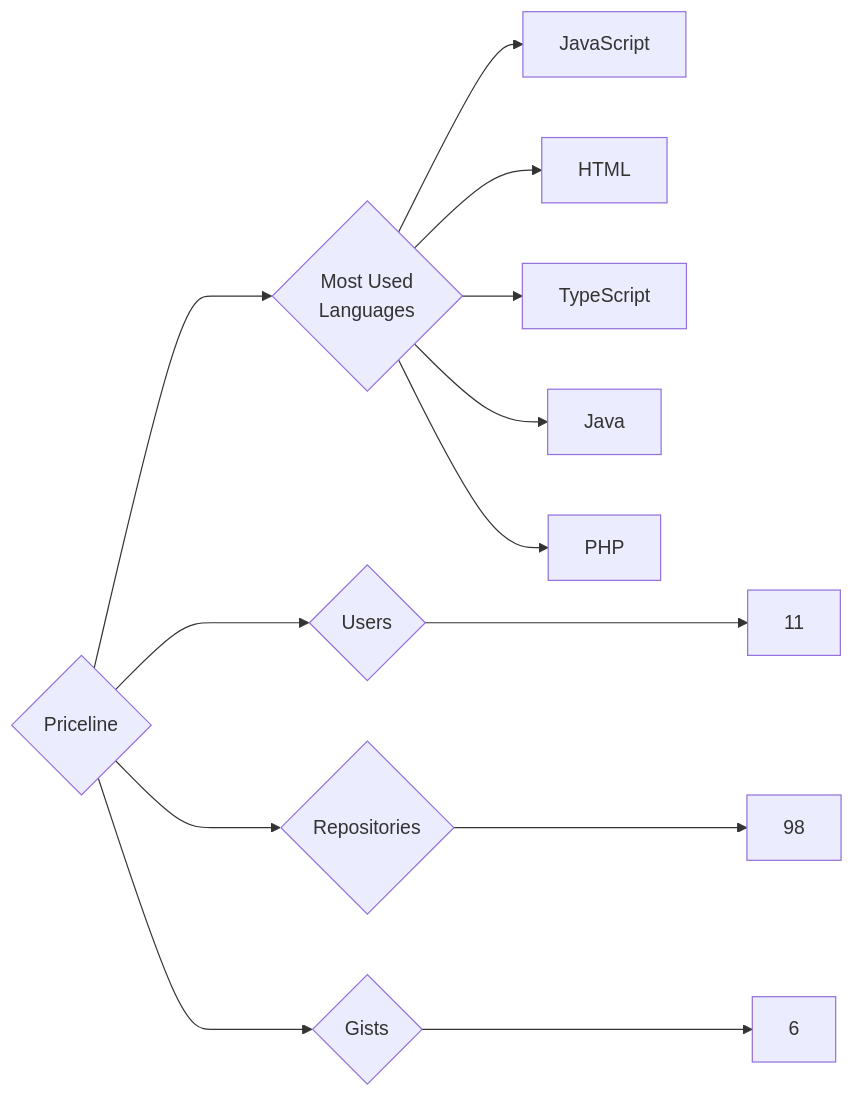
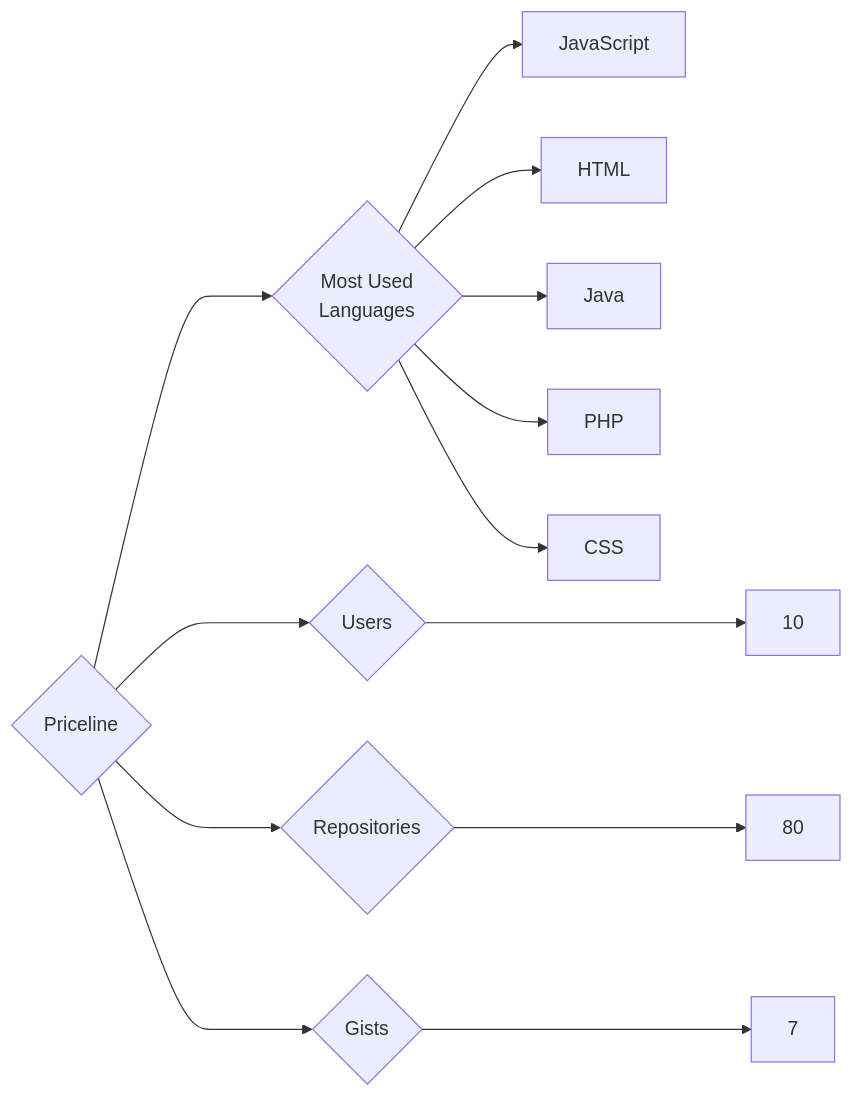
One commit to trickest/insiders changed the diagram in targets/Priceline/README.md. Above: the diagram before and after it, drawn with Mermaid. The commit also changed 1479 other files, not shown here.

````diff
--- a/targets/Priceline/README.md
+++ b/targets/Priceline/README.md
@@ -3,13 +3,13 @@
 ```mermaid
 graph LR
 COMPANY_NAME{Priceline}
-COMPANY_NAME ---> U{Users} ---> UN[11]
-COMPANY_NAME ---> R{Repositories} ---> RN[98]
-COMPANY_NAME ---> G{Gists} ---> GN[6]
+COMPANY_NAME ---> U{Users} ---> UN[10]
+COMPANY_NAME ---> R{Repositories} ---> RN[80]
+COMPANY_NAME ---> G{Gists} ---> GN[7]
 COMPANY_NAME ---> ML{Most Used<br>Languages}
 ML --> JavaScript[JavaScript]
 ML --> HTML[HTML]
-ML --> TypeScript[TypeScript]
 ML --> Java[Java]
 ML --> PHP[PHP]
+ML --> CSS[CSS]
 ```
````
